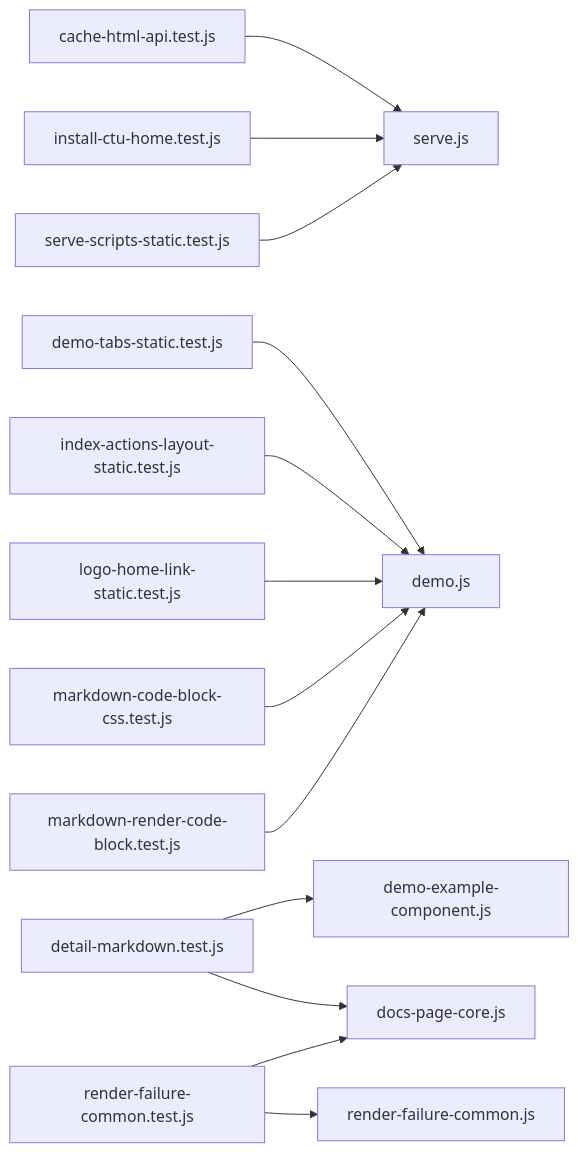
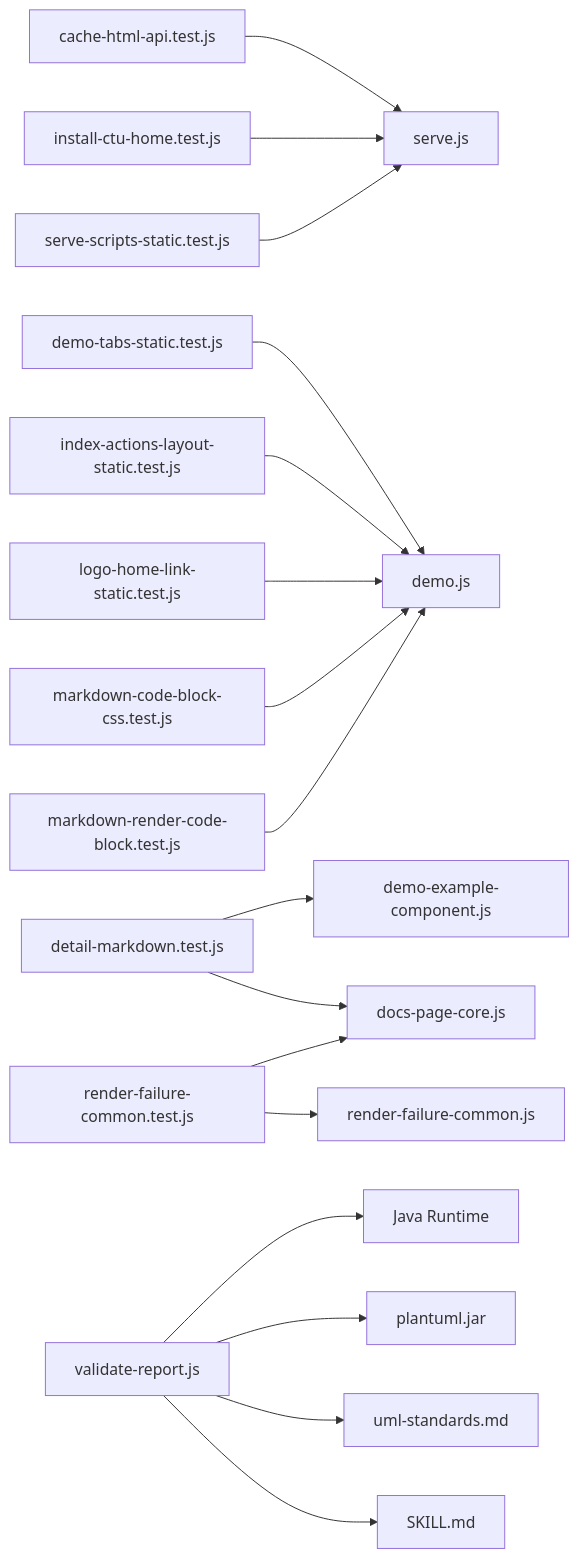
One commit to pingwurth/code-to-uml changed the tenth of 10 diagrams in .qoder/repowiki/en/content/Testing and Quality Assurance.md. Above: the diagram before and after it, drawn with Mermaid. The commit also changed other lines of this file and 55 other files, not shown here.

````diff
--- a/.qoder/repowiki/en/content/Testing and Quality Assurance.md
+++ b/.qoder/repowiki/en/content/Testing and Quality Assurance.md
@@ -342,15 +438,19 @@
 ```mermaid
 graph LR
 T1["cache-html-api.test.js"] --> S["serve.js"]
 T2["demo-tabs-static.test.js"] --> D["demo.js"]
 T3["detail-markdown.test.js"] --> C1["demo-example-component.js"]
 T3 --> C2["docs-page-core.js"]
 T4["index-actions-layout-static.test.js"] --> D
 T5["install-ctu-home.test.js"] --> S
 T6["logo-home-link-static.test.js"] --> D
 T7["markdown-code-block-css.test.js"] --> D
 T8["markdown-render-code-block.test.js"] --> D
 T9["render-failure-common.test.js"] --> C3["render-failure-common.js"]
 T9 --> C2
 T10["serve-scripts-static.test.js"] --> S
+V1["validate-report.js"] --> J["Java Runtime"]
+V1 --> P["plantuml.jar"]
+V1 --> U["uml-standards.md"]
+V1 --> K["SKILL.md"]
 ```
````
